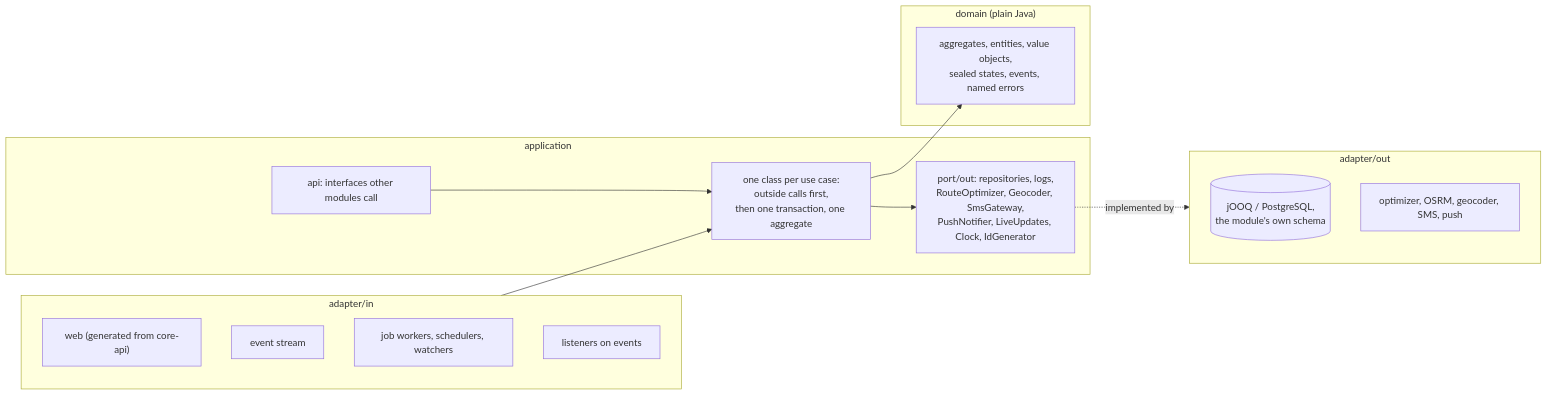
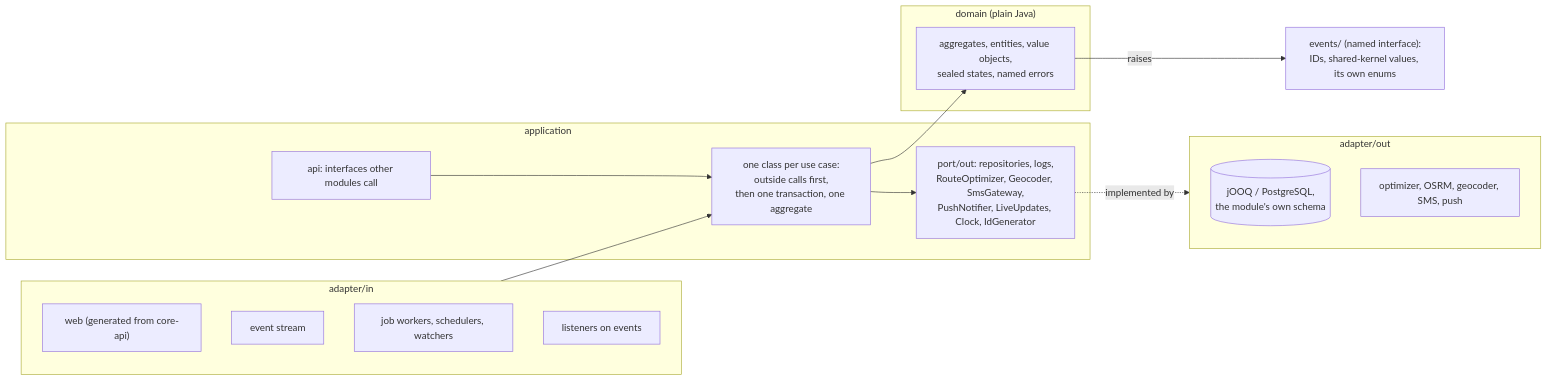
The ninth of 10 diagrams in docs/architecture/domain_layer/domain_layer_design.md (NaimElijah/DispatchFlow), drawn with Mermaid before and after one commit. The commit also changed other lines of this file, not shown here.

````diff
--- a/docs/architecture/domain_layer/domain_layer_design.md
+++ b/docs/architecture/domain_layer/domain_layer_design.md
@@ -1125,26 +1180,28 @@
 ```mermaid
 flowchart LR
   subgraph IN["adapter/in"]
     WEB["web (generated from core-api)"]
     SSE["event stream"]
     JOB["job workers, schedulers, watchers"]
     LIS["listeners on events"]
   end
   subgraph APP["application"]
     API["api: interfaces other modules call"]
     SVC["one class per use case:<br/>outside calls first,<br/>then one transaction, one aggregate"]
     POUT["port/out: repositories, logs,<br/>RouteOptimizer, Geocoder, SmsGateway,<br/>PushNotifier, LiveUpdates, Clock, IdGenerator"]
   end
   subgraph DOM["domain (plain Java)"]
-    M["aggregates, entities, value objects,<br/>sealed states, events, named errors"]
+    M["aggregates, entities, value objects,<br/>sealed states, named errors"]
   end
   subgraph OUT["adapter/out"]
     DB[("jOOQ / PostgreSQL,<br/>the module's own schema")]
     HTTP["optimizer, OSRM, geocoder, SMS, push"]
   end
   IN --> SVC
   API --> SVC
   SVC --> M
   SVC --> POUT
+  EVT["events/ (named interface):<br/>IDs, shared-kernel values, its own enums"]
+  M -->|raises| EVT
   POUT -.->|implemented by| OUT
 ```
````
